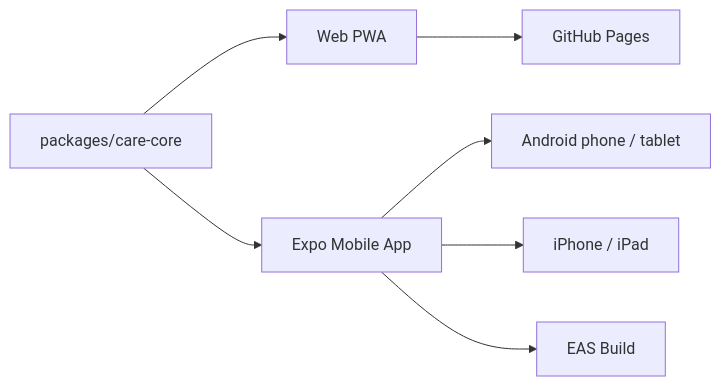
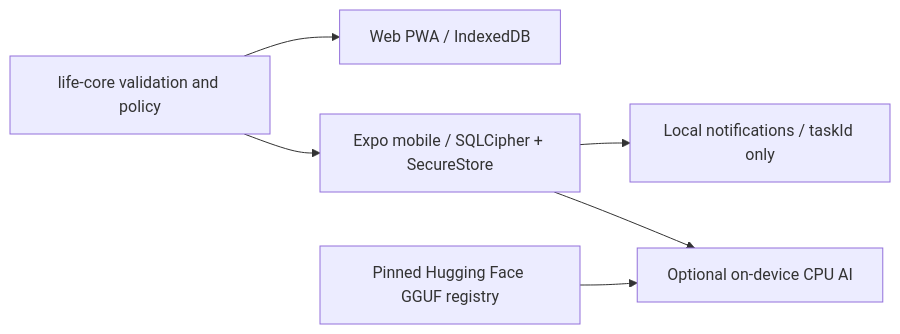
One commit to sinmb79/careguardian-ai changed the diagram in README.en.md. Above: the diagram before and after it, drawn with Mermaid. The commit also changed other lines of this file and 21 other files, not shown here.

````diff
--- a/README.en.md
+++ b/README.en.md
@@ -6,9 +7,8 @@
 ```mermaid
 flowchart LR
-  Core["packages/care-core"] --> Web["Web PWA"]
-  Core --> Mobile["Expo Mobile App"]
-  Web --> Pages["GitHub Pages"]
-  Mobile --> Android["Android phone / tablet"]
-  Mobile --> IOS["iPhone / iPad"]
-  Mobile --> EAS["EAS Build"]
+  Core["life-core validation and policy"] --> Web["Web PWA / IndexedDB"]
+  Core --> Mobile["Expo mobile / SQLCipher + SecureStore"]
+  Mobile --> Notify["Local notifications / taskId only"]
+  Mobile --> AI["Optional on-device CPU AI"]
+  Registry["Pinned Hugging Face GGUF registry"] --> AI
 ```
````
